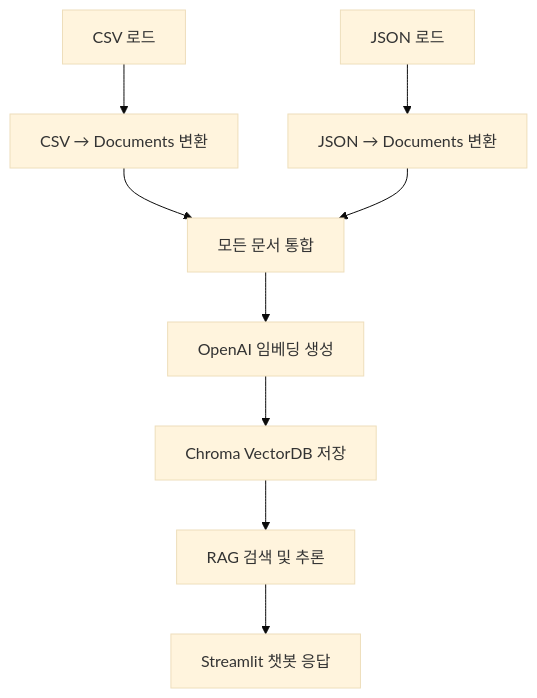
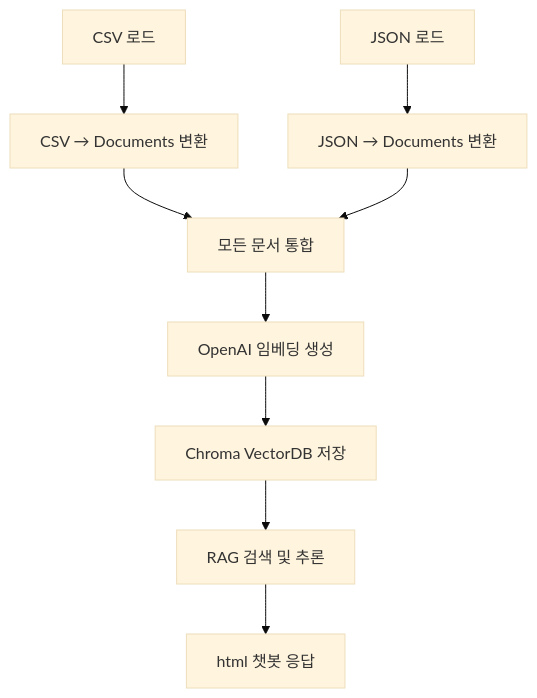
The diagram in README.md (SKNETWORKS-FAMILY-AICAMP/SKN20-3rd-5TEAM), drawn with Mermaid (base theme) before and after one commit. The commit also changed other lines of this file, not shown here.

````diff
--- a/README.md
+++ b/README.md
@@ -45,11 +45,11 @@
 ```mermaid
 flowchart TD
     A[CSV 로드] --> C[CSV → Documents 변환]
     B[JSON 로드] --> D[JSON → Documents 변환]
     C --> E[모든 문서 통합]
     D --> E
     E --> F[OpenAI 임베딩 생성]
     F --> G[Chroma VectorDB 저장]
     G --> H[RAG 검색 및 추론]
-    H --> I[Streamlit 챗봇 응답]
+    H --> I[html 챗봇 응답]
 ```
````
